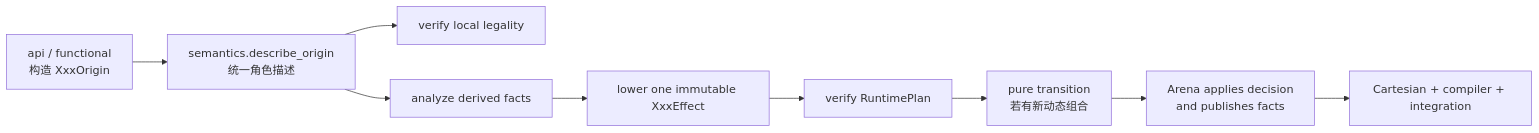
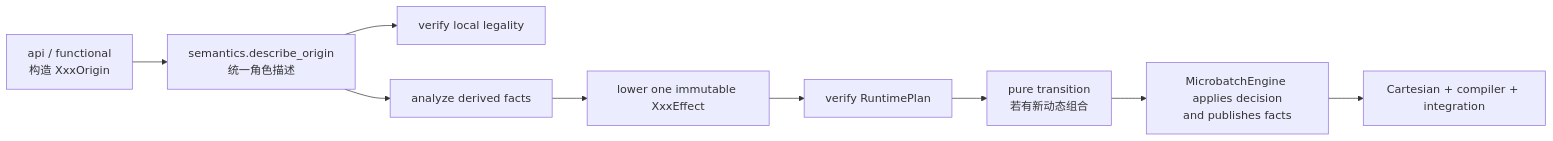
One commit to OpenDCAI/RayOrch changed diagram 16 of 16 in docs/multigrain_v3_6_tutorial.md. Above: the diagram before and after it, drawn with Mermaid. The commit also changed other lines of this file and 38 other files, not shown here.

Commit message:
feat(v3.6): unify architecture vocabulary and state ownership

````diff
--- a/docs/multigrain_v3_6_tutorial.md
+++ b/docs/multigrain_v3_6_tutorial.md
@@ -1513,11 +1534,11 @@
 ```mermaid
 flowchart LR
     Author["api / functional<br/>构造 XxxOrigin"] --> Parser["semantics.describe_origin<br/>统一角色描述"]
     Parser --> Verify["verify local legality"]
     Parser --> Facts["analyze derived facts"]
     Facts --> Lower["lower one immutable XxxEffect"]
     Lower --> Plan["verify RuntimePlan"]
     Plan --> Transition["pure transition<br/>若有新动态组合"]
-    Transition --> Engine["Arena applies decision<br/>and publishes facts"]
+    Transition --> Engine["MicrobatchEngine applies decision<br/>and publishes facts"]
     Engine --> Tests["Cartesian + compiler + integration"]
 ```
````
